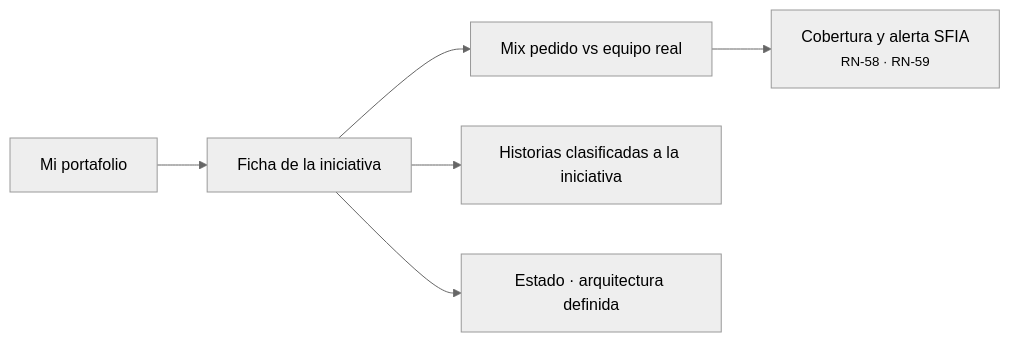
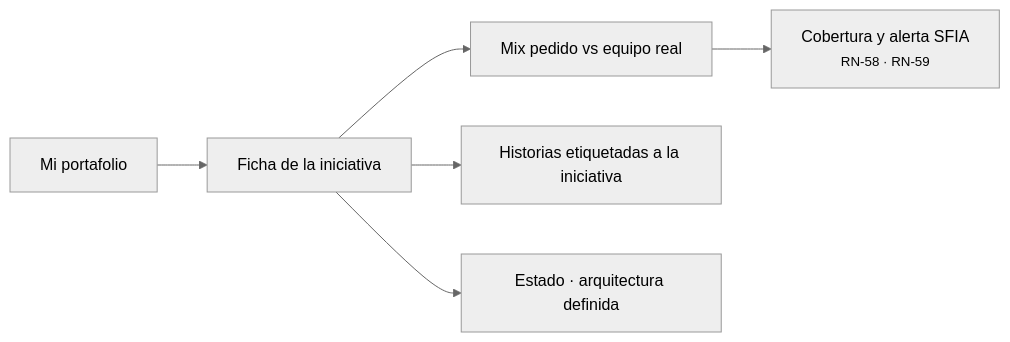
Before and after one commit to estibenlicona/anto: diagram 13 of 17 in context/docs/Roles_y_Permisos_Plataforma.md, drawn with Mermaid (neutral theme). The commit also changed other lines of this file and 500 other files, not shown here.

````diff
--- a/context/docs/Roles_y_Permisos_Plataforma.md
+++ b/context/docs/Roles_y_Permisos_Plataforma.md
@@ -371,8 +368,8 @@
 ```mermaid
 flowchart LR
     P["Mi portafolio"] --> F["Ficha de la iniciativa"]
     F --> M["Mix pedido vs equipo real"]
-    F --> H["Historias clasificadas a la iniciativa"]
+    F --> H["Historias etiquetadas a la iniciativa"]
     F --> E["Estado · arquitectura definida"]
     M --> C["Cobertura y alerta SFIA<br/><small>RN-58 · RN-59</small>"]
 ```
````
